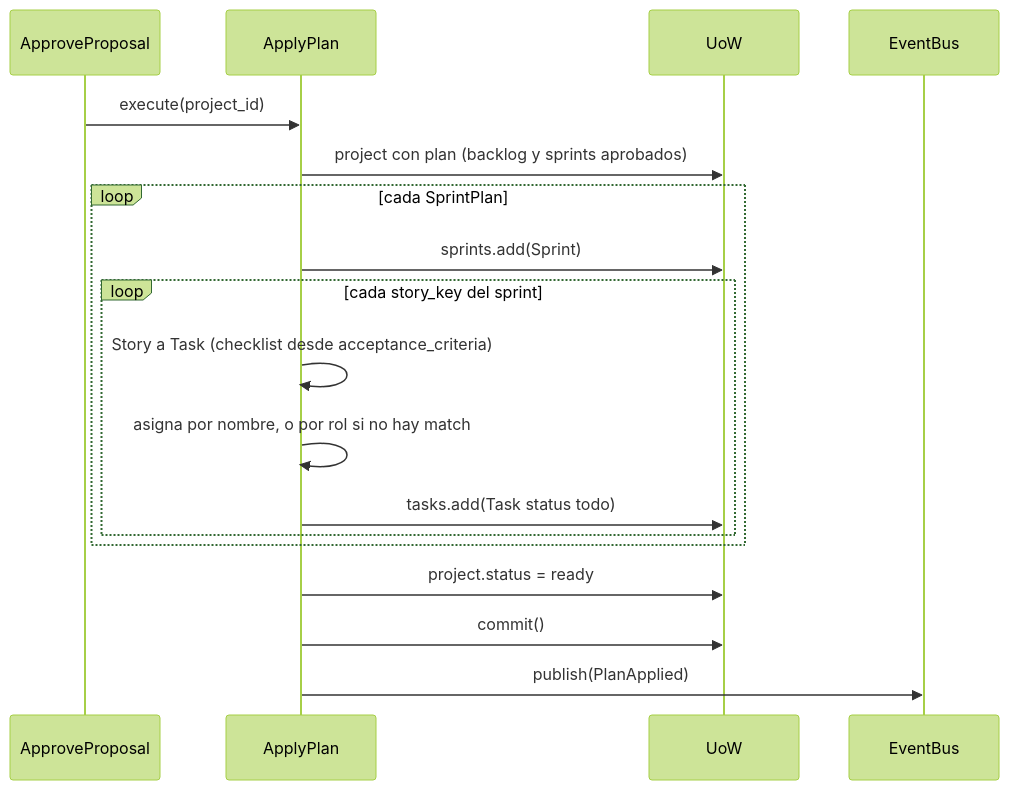
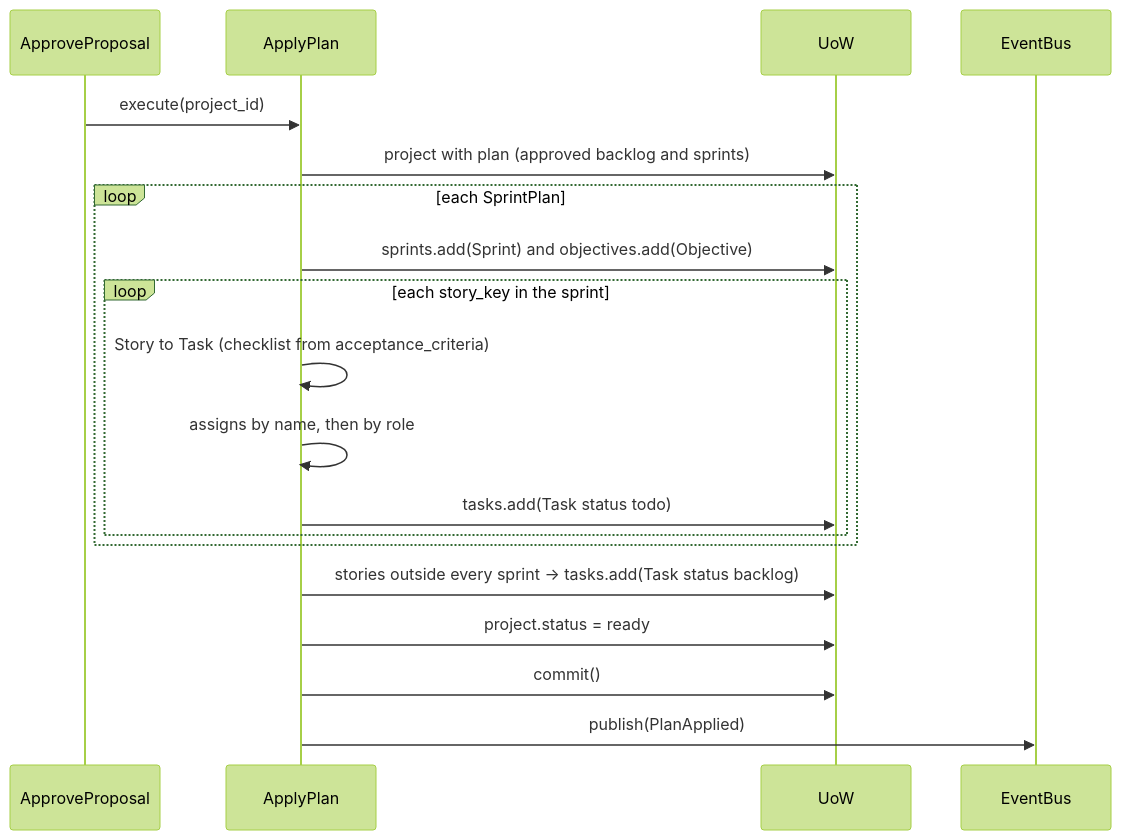
The ninth of 18 diagrams in plan/use-cases.md (Mitchz01/TransparencIA), drawn with Mermaid (forest theme) before and after one commit. The commit also changed other lines of this file and 68 other files, not shown here.

First line of the commit message:
Translate the repo to English and fold tasks into plan.md

````diff
--- a/plan/use-cases.md
+++ b/plan/use-cases.md
@@ -308,21 +311,22 @@
 ```mermaid
 sequenceDiagram
     participant AP as ApproveProposal
     participant UC as ApplyPlan
     participant UoW
     participant Bus as EventBus
 
     AP->>UC: execute(project_id)
-    UC->>UoW: project con plan (backlog y sprints aprobados)
-    loop cada SprintPlan
-        UC->>UoW: sprints.add(Sprint)
-        loop cada story_key del sprint
-            UC->>UC: Story a Task (checklist desde acceptance_criteria)
-            UC->>UC: asigna por nombre, o por rol si no hay match
+    UC->>UoW: project with plan (approved backlog and sprints)
+    loop each SprintPlan
+        UC->>UoW: sprints.add(Sprint) and objectives.add(Objective)
+        loop each story_key in the sprint
+            UC->>UC: Story to Task (checklist from acceptance_criteria)
+            UC->>UC: assigns by name, then by role
             UC->>UoW: tasks.add(Task status todo)
         end
     end
+    UC->>UoW: stories outside every sprint → tasks.add(Task status backlog)
     UC->>UoW: project.status = ready
     UC->>UoW: commit()
     UC->>Bus: publish(PlanApplied)
 ```
````
